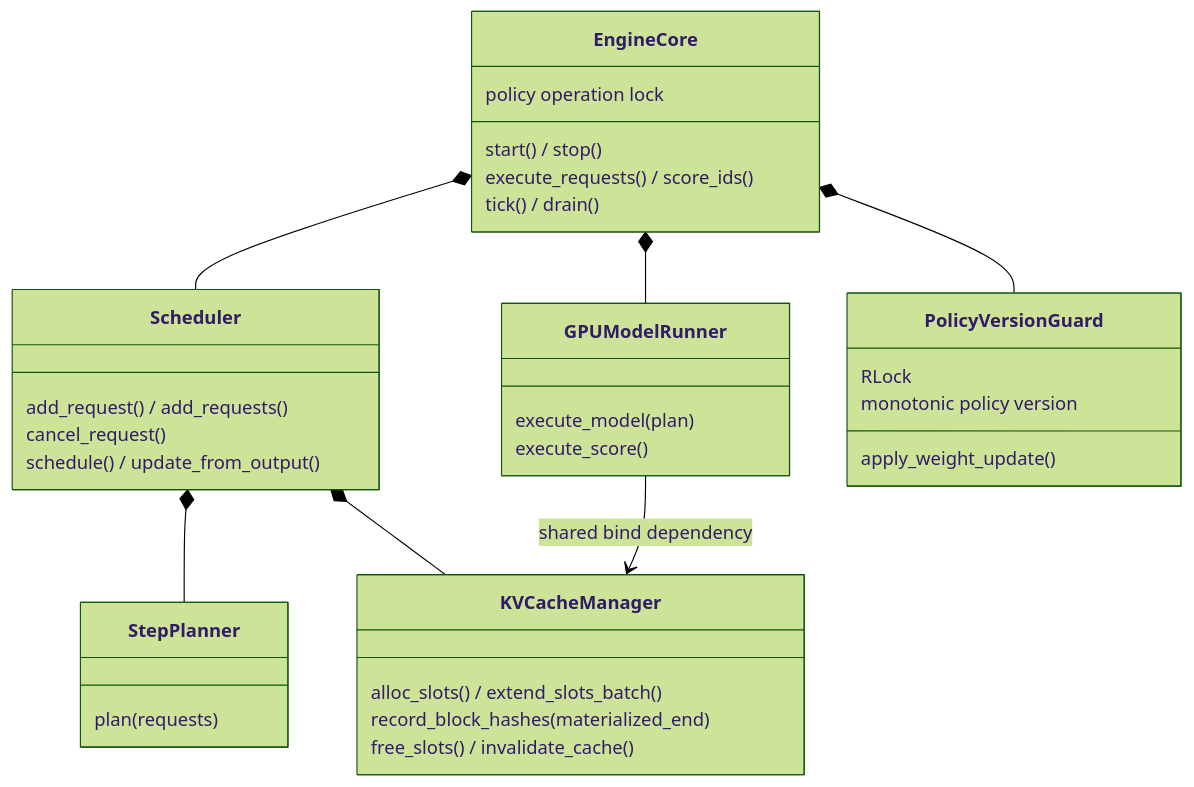
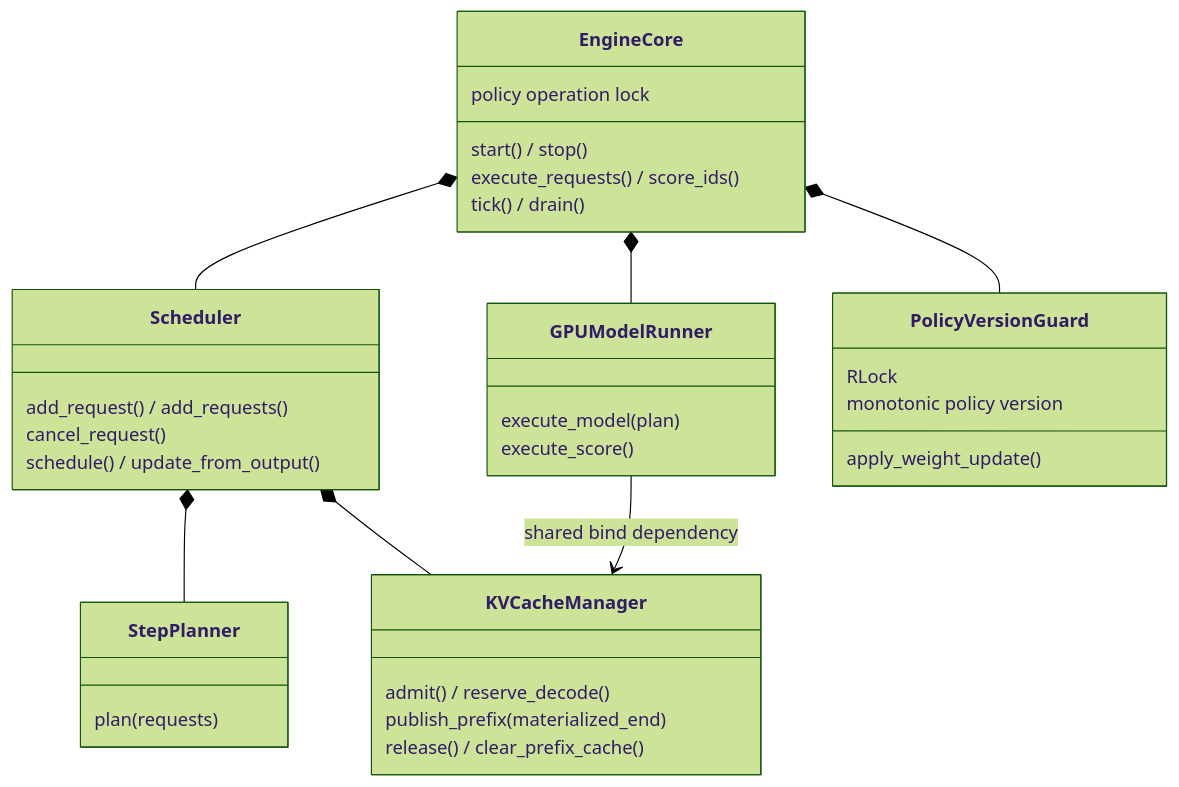
The diagram in docs/developer/inference/core.md (ViperEkura/AstrAI), drawn with Mermaid (forest theme) before and after one commit. The commit also changed other lines of this file and 17 other files, not shown here.

````diff
--- a/docs/developer/inference/core.md
+++ b/docs/developer/inference/core.md
@@ -21,39 +21,39 @@
 ```mermaid
 classDiagram
     direction TB
     class EngineCore {
         start() / stop()
         execute_requests() / score_ids()
         tick() / drain()
         policy operation lock
     }
     class Scheduler {
         add_request() / add_requests()
         cancel_request()
         schedule() / update_from_output()
     }
     class StepPlanner {
         plan(requests)
     }
     class GPUModelRunner {
         execute_model(plan)
         execute_score()
     }
     class KVCacheManager {
-        alloc_slots() / extend_slots_batch()
-        record_block_hashes(materialized_end)
-        free_slots() / invalidate_cache()
+        admit() / reserve_decode()
+        publish_prefix(materialized_end)
+        release() / clear_prefix_cache()
     }
     class PolicyVersionGuard {
         RLock
         monotonic policy version
         apply_weight_update()
     }
 
     EngineCore *-- Scheduler
     EngineCore *-- GPUModelRunner
     EngineCore *-- PolicyVersionGuard
     Scheduler *-- StepPlanner
     Scheduler *-- KVCacheManager
     GPUModelRunner --> KVCacheManager : shared bind dependency
 ```
````
